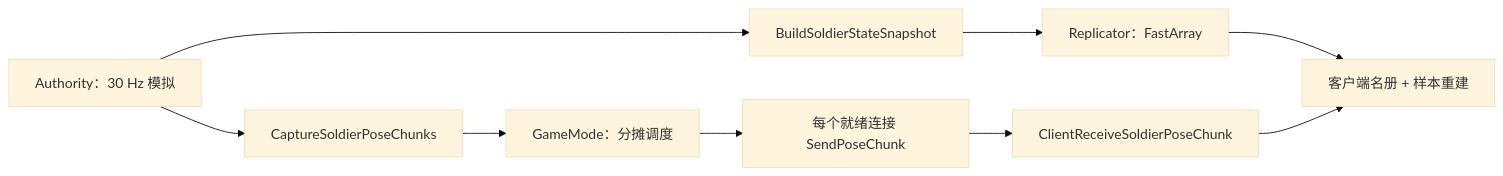
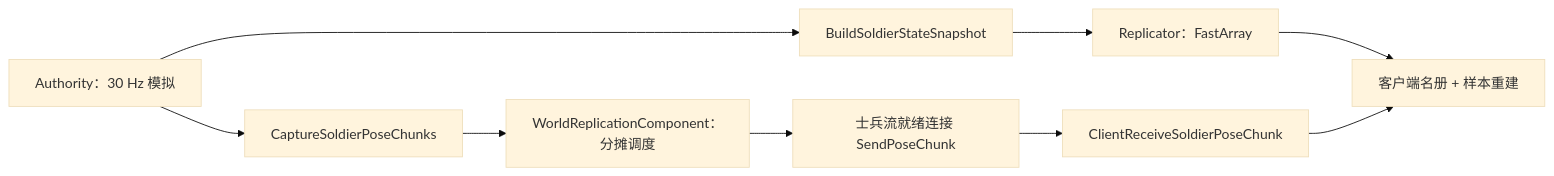
The diagram in Progress/DevelopmentDocumentation/UE网络教材/07-士兵状态与姿态发送.md (QHXRPG-A/GuLiStrike), drawn with Mermaid (base theme) before and after one commit. The commit also changed other lines of this file and 82 other files, not shown here.

````diff
--- a/Progress/DevelopmentDocumentation/UE网络教材/07-士兵状态与姿态发送.md
+++ b/Progress/DevelopmentDocumentation/UE网络教材/07-士兵状态与姿态发送.md
@@ -15,11 +15,11 @@
 ```mermaid
 flowchart LR
   A["Authority：30 Hz 模拟"] --> B["BuildSoldierStateSnapshot"]
   B --> R["Replicator：FastArray"]
   A --> P["CaptureSoldierPoseChunks"]
-  P --> G["GameMode：分摊调度"]
-  G --> N["每个就绪连接 SendPoseChunk"]
+  P --> G["WorldReplicationComponent：分摊调度"]
+  G --> N["士兵流就绪连接 SendPoseChunk"]
   N --> C["ClientReceiveSoldierPoseChunk"]
   R --> V["客户端名册 + 样本重建"]
   C --> V
 ```
````
